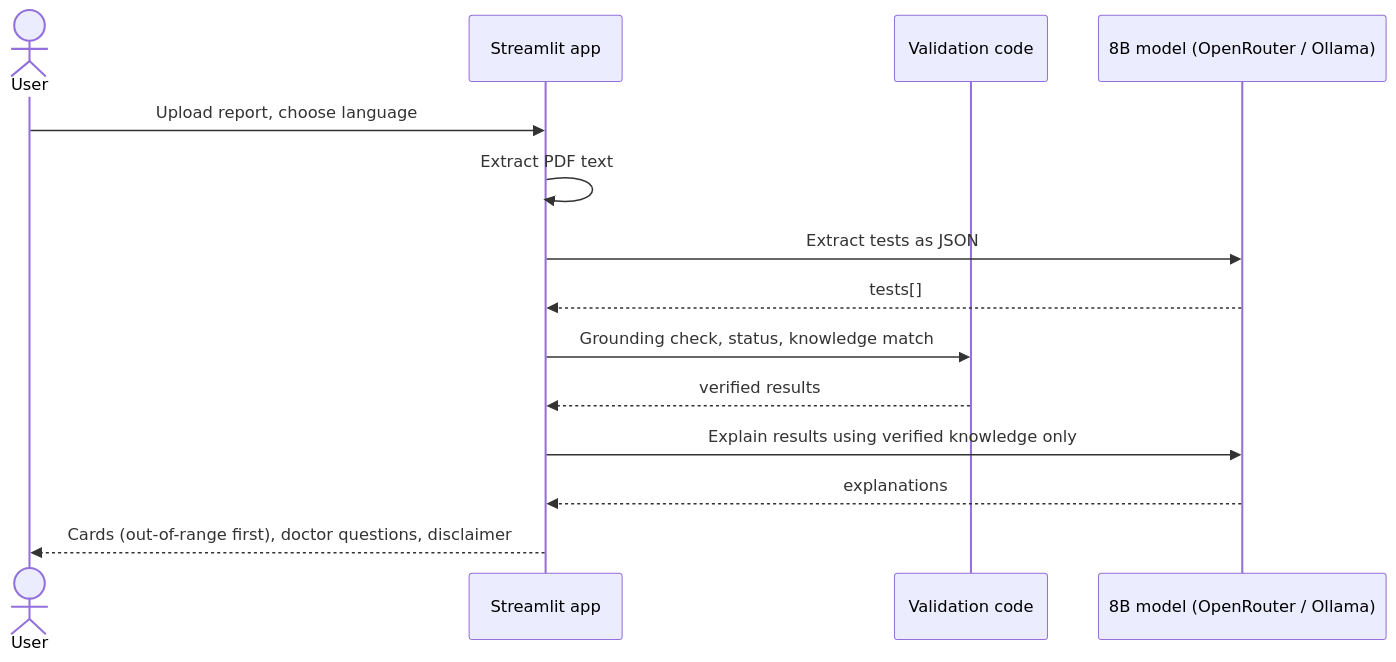
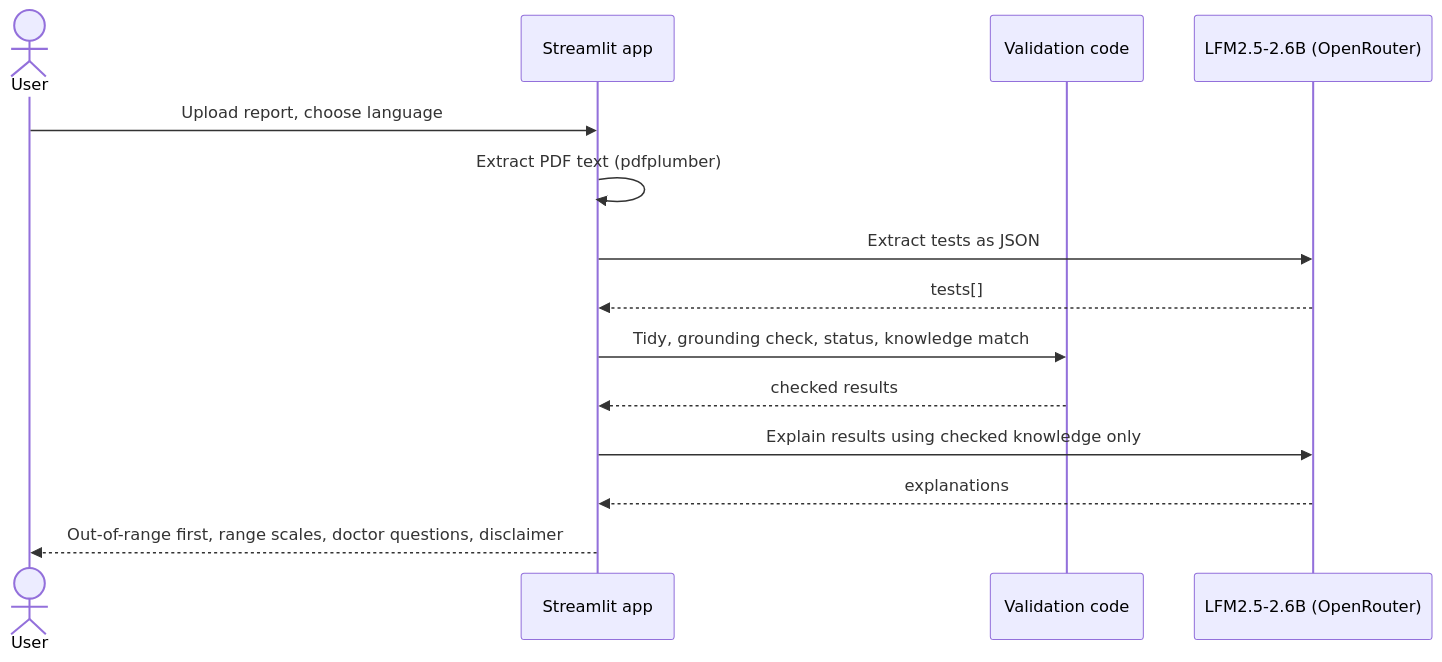
The third of 3 diagrams in README.md (AR18now/reportsamjho), drawn with Mermaid before and after one commit. The commit also changed other lines of this file and 3 other files, not shown here.

First line of the commit message:
Document live test results, model disclosure and open-source checklist

````diff
--- a/README.md
+++ b/README.md
@@ -88,16 +97,16 @@
 ```mermaid
 sequenceDiagram
     actor User
     participant App as Streamlit app
     participant Code as Validation code
-    participant LLM as 8B model (OpenRouter / Ollama)
+    participant LLM as LFM2.5-2.6B (OpenRouter)
     User->>App: Upload report, choose language
-    App->>App: Extract PDF text
+    App->>App: Extract PDF text (pdfplumber)
     App->>LLM: Extract tests as JSON
     LLM-->>App: tests[]
-    App->>Code: Grounding check, status, knowledge match
-    Code-->>App: verified results
-    App->>LLM: Explain results using verified knowledge only
+    App->>Code: Tidy, grounding check, status, knowledge match
+    Code-->>App: checked results
+    App->>LLM: Explain results using checked knowledge only
     LLM-->>App: explanations
-    App-->>User: Cards (out-of-range first), doctor questions, disclaimer
+    App-->>User: Out-of-range first, range scales, doctor questions, disclaimer
 ```
````
